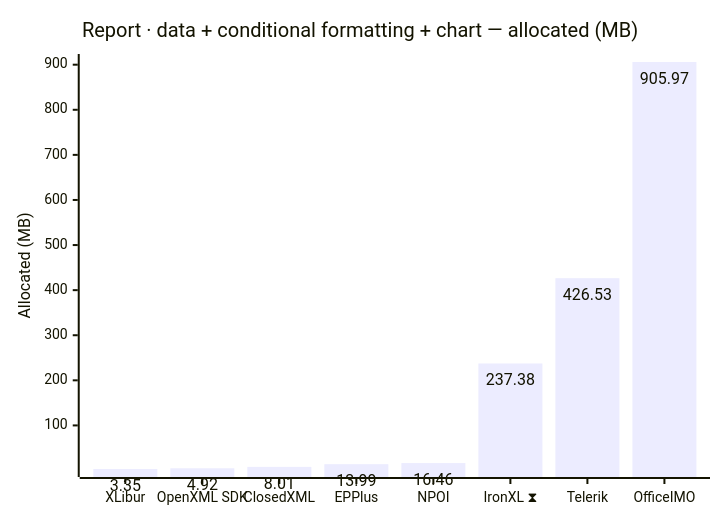
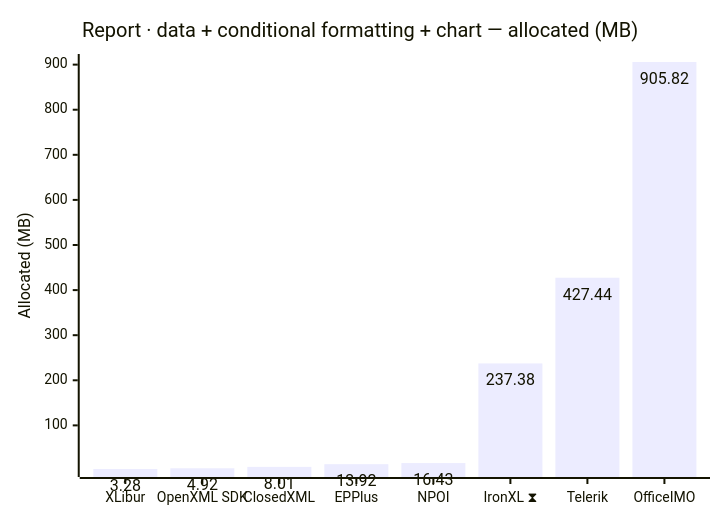
One commit to jafin/XLBench changed the tenth of 18 diagrams in docs/results.md. Above: the diagram before and after it, drawn with Mermaid. The commit also changed other lines of this file and 5 other files, not shown here.

````diff
--- a/docs/results.md
+++ b/docs/results.md
@@ -159,12 +159,12 @@
 ```mermaid
 ---
 config:
   xyChart:
     showDataLabel: true
 ---
 xychart-beta
     title "Report · data + conditional formatting + chart — allocated (MB)"
     x-axis ["XLibur", "OpenXML SDK", "ClosedXML", "EPPlus", "NPOI", "IronXL ⧗", "Telerik", "OfficeIMO"]
     y-axis "Allocated (MB)"
-    bar [3.35, 4.92, 8.01, 13.99, 16.46, 237.38, 426.53, 905.97]
+    bar [3.28, 4.92, 8.01, 13.92, 16.43, 237.38, 427.44, 905.82]
 ```
````
